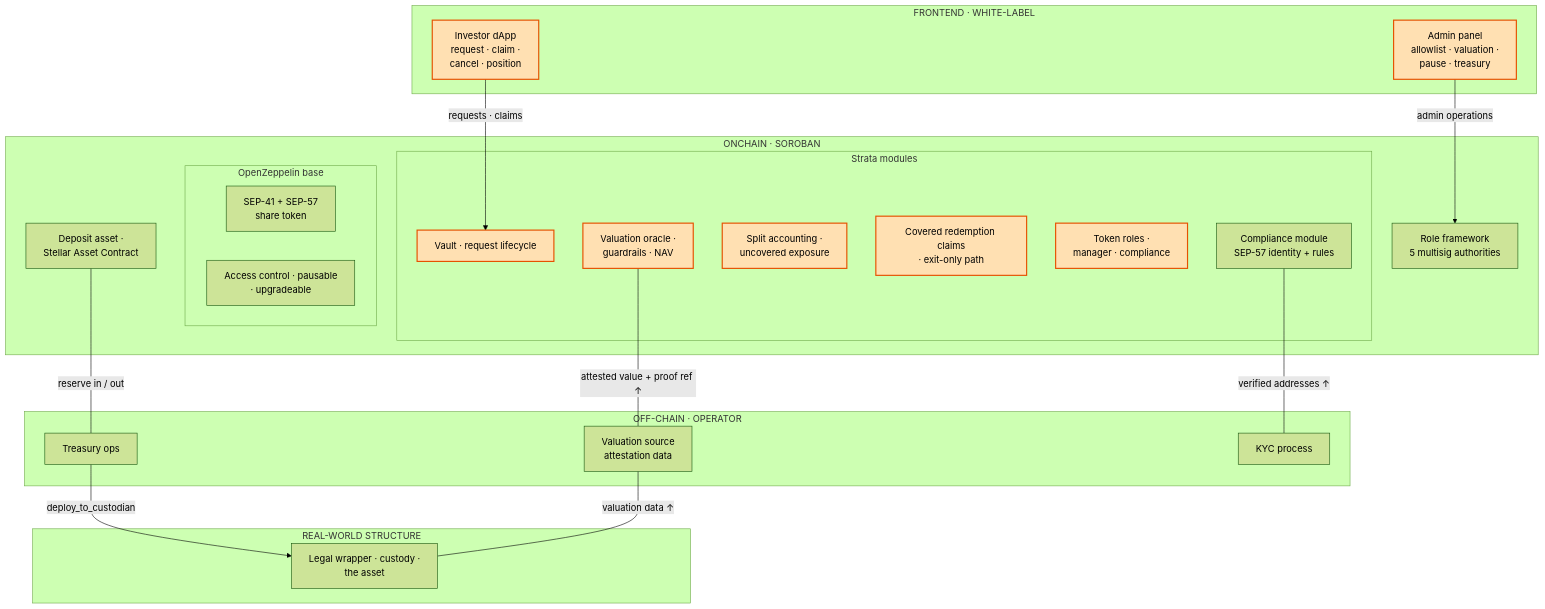
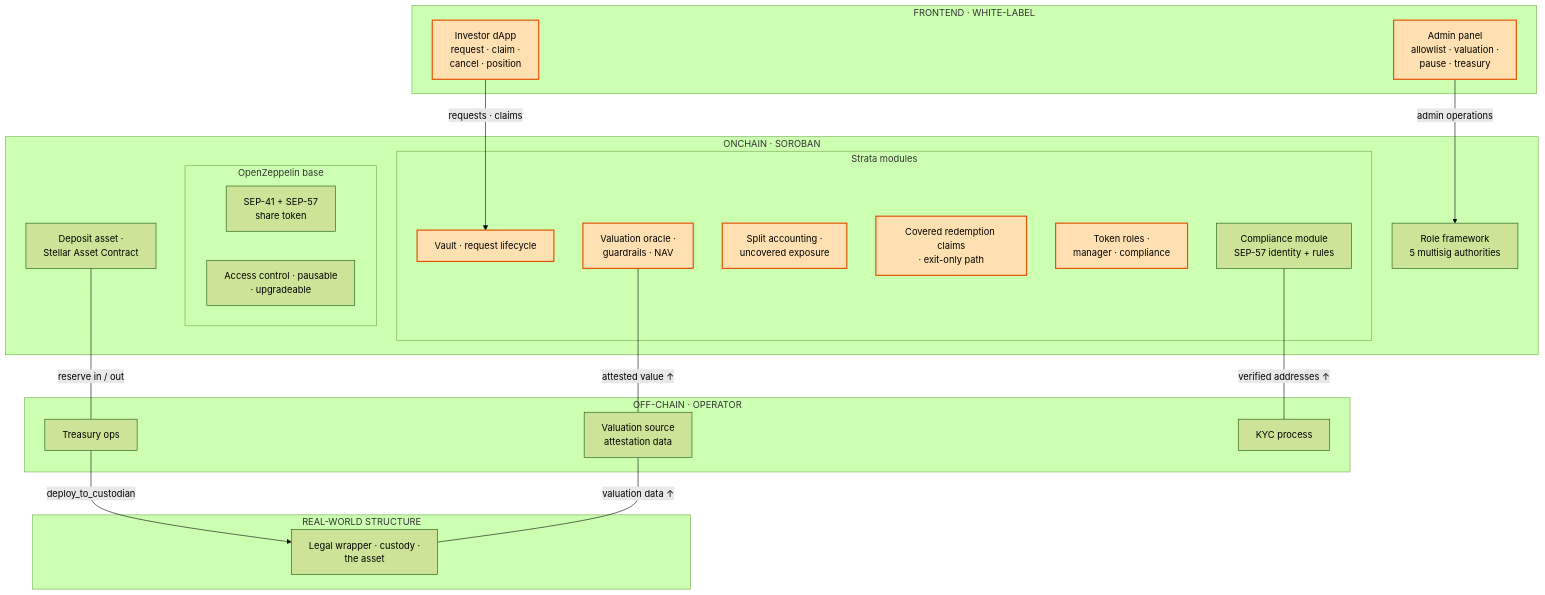
The first of 5 diagrams in docs/strata-product-and-architecture.md (BootNodeDev/strata-vault-kit), drawn with Mermaid (forest theme) before and after one commit. The commit also changed other lines of this file and 4 other files, not shown here.

````diff
--- a/docs/strata-product-and-architecture.md
+++ b/docs/strata-product-and-architecture.md
@@ -189,44 +189,44 @@
 ```mermaid
 flowchart TB
     subgraph FE["FRONTEND · WHITE-LABEL"]
         LP["Investor dApp<br/>request · claim ·<br/>cancel · position"]:::strata
         ADM["Admin panel<br/>allowlist · valuation ·<br/>pause · treasury"]:::strata
     end
 
     subgraph ON["ONCHAIN · SOROBAN"]
         subgraph OZ["OpenZeppelin base"]
             ST["SEP-41 + SEP-57<br/>share token"]
             AC["Access control · pausable<br/>· upgradeable"]
         end
         SAC["Deposit asset ·<br/>Stellar Asset Contract"]
         subgraph SM["Strata modules"]
             V["Vault · request lifecycle"]:::strata
             OR["Valuation oracle ·<br/>guardrails · NAV"]:::strata
             SA["Split accounting ·<br/>uncovered exposure"]:::strata
             RQ["Covered redemption claims<br/>· exit-only path"]:::strata
             MGR["Token roles ·<br/>manager · compliance"]:::strata
             IVC["Compliance module<br/>SEP-57 identity + rules"]
         end
         AUTH["Role framework<br/>5 multisig authorities"]
     end
 
     subgraph OFF["OFF-CHAIN · OPERATOR"]
         TR["Treasury ops"]
         VS["Valuation source<br/>attestation data"]
         KYC["KYC process"]
     end
 
     subgraph RW["REAL-WORLD STRUCTURE"]
         CU["Legal wrapper · custody ·<br/>the asset"]
     end
 
     LP -->|"requests · claims"| V
     ADM -->|"admin operations"| AUTH
-    OR ---|"attested value + proof ref ↑"| VS
+    OR ---|"attested value ↑"| VS
     IVC ---|"verified addresses ↑"| KYC
     SAC ---|"reserve in / out"| TR
     TR -->|"deploy_to_custodian"| CU
     VS ---|"valuation data ↑"| CU
 
     classDef strata fill:#FFE0B2,stroke:#E65100,stroke-width:2px
 ```
````
